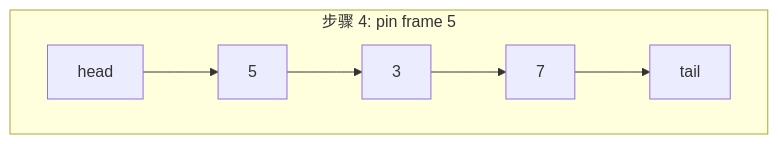
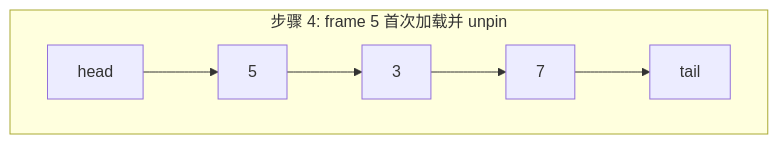
One commit to Dorian7Alden/RMDB-2024-Analyze changed the sixth of 9 diagrams in my-analysis/01-storage-layer/07-page-replacer.md. Above: the diagram before and after it, drawn with Mermaid. The commit also changed other lines of this file, not shown here.

Commit message:
重大修正：LRU 的 pin 是摘掉 unpin 是加入 链表只存可淘汰 frame

````diff
--- a/my-analysis/01-storage-layer/07-page-replacer.md
+++ b/my-analysis/01-storage-layer/07-page-replacer.md
@@ -114,7 +145,7 @@
 ```mermaid
 flowchart LR
-    subgraph S4["步骤 4: pin frame 5"]
+    subgraph S4["步骤 4: frame 5 首次加载并 unpin"]
         direction LR
-        H4["head"] --> N5["5"] --> N3c["3"] --> N7c["7"] --> T4["tail"]
+        H4["head"] --> N5["5"] --> N3d["3"] --> N7c["7"] --> T4["tail"]
     end
 ```
````
